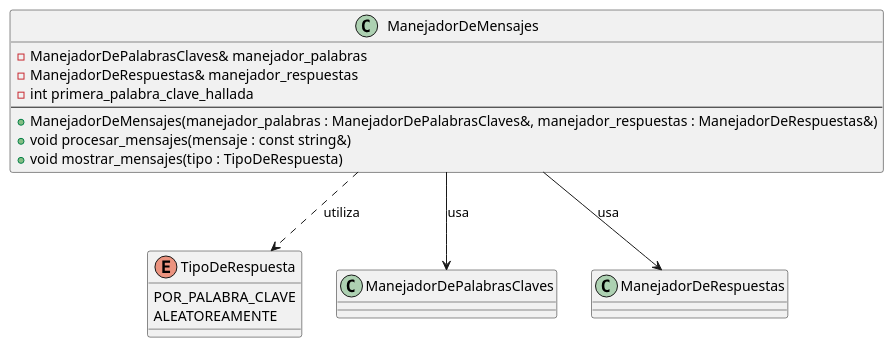
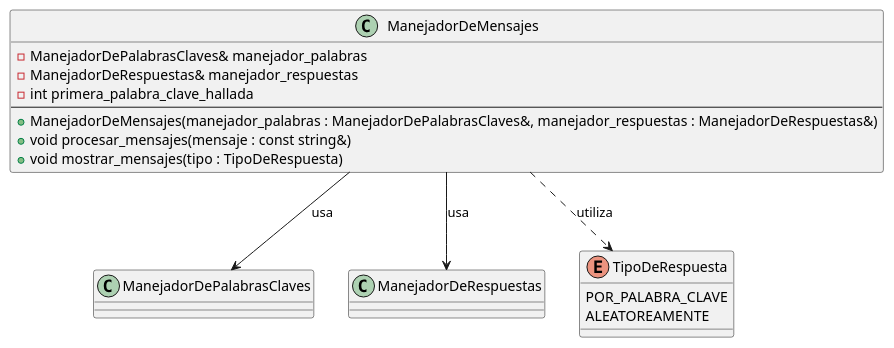
The diagram in Diagramas-UML/ManejadorDeMensajes.puml (guillsil/Transformers-Game), drawn with PlantUML before and after one commit. The commit also changed 3 other files, not shown here.

Commit message:
UML: Limpiando y agregando clases

```diff
--- a/Diagramas-UML/ManejadorDeMensajes.puml
+++ b/Diagramas-UML/ManejadorDeMensajes.puml
@@ -1,27 +1,26 @@
 @startuml
 'https://plantuml.com/class-diagram
+class ManejadorDePalabrasClaves
+class ManejadorDeRespuestas
 
 enum TipoDeRespuesta {
     POR_PALABRA_CLAVE
     ALEATOREAMENTE
 }
 
 class ManejadorDeMensajes {
     - ManejadorDePalabrasClaves& manejador_palabras
     - ManejadorDeRespuestas& manejador_respuestas
     - int primera_palabra_clave_hallada
     ---
     + ManejadorDeMensajes(manejador_palabras : ManejadorDePalabrasClaves&, manejador_respuestas : ManejadorDeRespuestas&)
     + void procesar_mensajes(mensaje : const string&)
     + void mostrar_mensajes(tipo : TipoDeRespuesta)
 }
 
-class ManejadorDePalabrasClaves
-class ManejadorDeRespuestas
-
 ' Relaciones
 ManejadorDeMensajes --> ManejadorDePalabrasClaves : "usa"
 ManejadorDeMensajes --> ManejadorDeRespuestas : "usa"
 ManejadorDeMensajes ..> TipoDeRespuesta : "utiliza"
 
 @enduml
```
